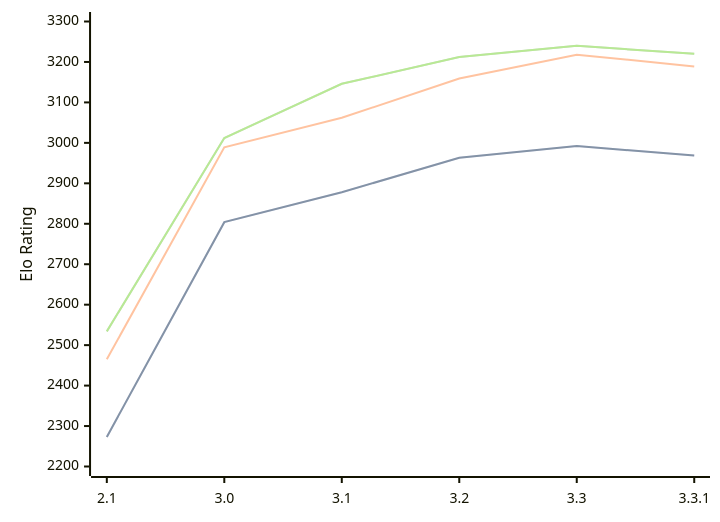
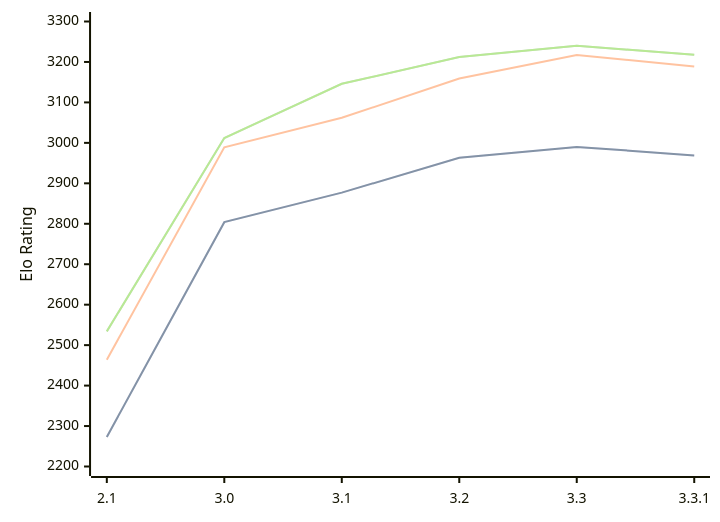
One commit to computer-chess-index/cci changed the diagram in engines/Petrel.md. Above: the diagram before and after it, drawn with Mermaid. The commit also changed other lines of this file, not shown here.

Commit message:
Update CCI Ratings (ELO VLTC) - 2026-02-28

````diff
--- a/engines/Petrel.md
+++ b/engines/Petrel.md
@@ -41,11 +41,11 @@
 ```mermaid
 %%{init: {"theme":"base","themeVariables":{"seriesColors:['#a3a3a3','#222221','#faa371']}}}%%
 xychart-beta
   x-axis ["2.1", "3.0", "3.1", "3.2", "3.3", "3.3.1"]
   y-axis "Elo Rating" 2200 --> 3300
-  line "STC (8.0+0.08s)" [2273, 2804, 2878, 2963, 2992, 2969]
-  line "STC (8.0+0.08s)" [2273, 2804, 2878, 2963, 2992, 2969]
-  line "LTC (60.0+0.60s)" [2465, 2989, 3062, 3159, 3218, 3189]
-  line "VLTC (2m24s+1.12s)" [2534, 3012, 3146, 3212, 3240, 3220]
-  line "VLTC (2m24s+1.12s)" [2534, 3012, 3146, 3212, 3240, 3220]
+  line "STC (8.0+0.08s)" [2273, 2804, 2877, 2963, 2990, 2969]
+  line "STC (8.0+0.08s)" [2273, 2804, 2877, 2963, 2990, 2969]
+  line "LTC (60.0+0.60s)" [2464, 2989, 3062, 3159, 3217, 3189]
+  line "VLTC (2m24s+1.12s)" [2534, 3012, 3146, 3212, 3240, 3218]
+  line "VLTC (2m24s+1.12s)" [2534, 3012, 3146, 3212, 3240, 3218]
 ```
````
